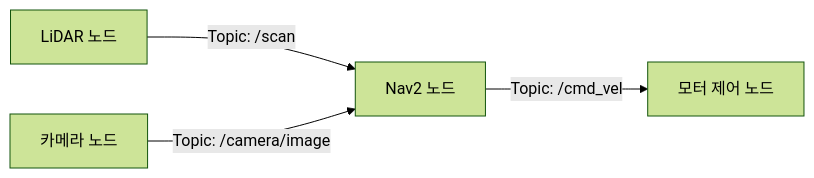
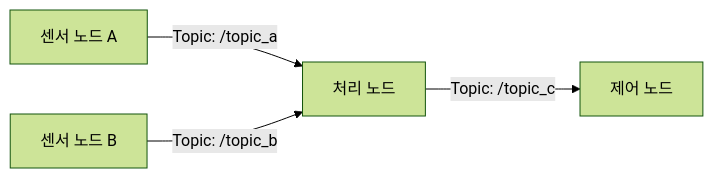
Before and after one commit to codebaragi23/ROS2-doc: the diagram in ROS2 기초/02_노드란_무엇인가.md, drawn with Mermaid (forest theme). The commit also changed other lines of this file and 17 other files, not shown here.

````diff
--- a/ROS2 기초/02_노드란_무엇인가.md
+++ b/ROS2 기초/02_노드란_무엇인가.md
@@ -74,6 +74,6 @@
 ```mermaid
 flowchart LR
-    A[LiDAR 노드] -->|Topic: /scan| D[Nav2 노드]
-    B[카메라 노드] -->|Topic: /camera/image| D
-    D -->|Topic: /cmd_vel| C[모터 제어 노드]
+    A[센서 노드 A] -->|Topic: /topic_a| D[처리 노드]
+    B[센서 노드 B] -->|Topic: /topic_b| D
+    D -->|Topic: /topic_c| C[제어 노드]
 ```
````
